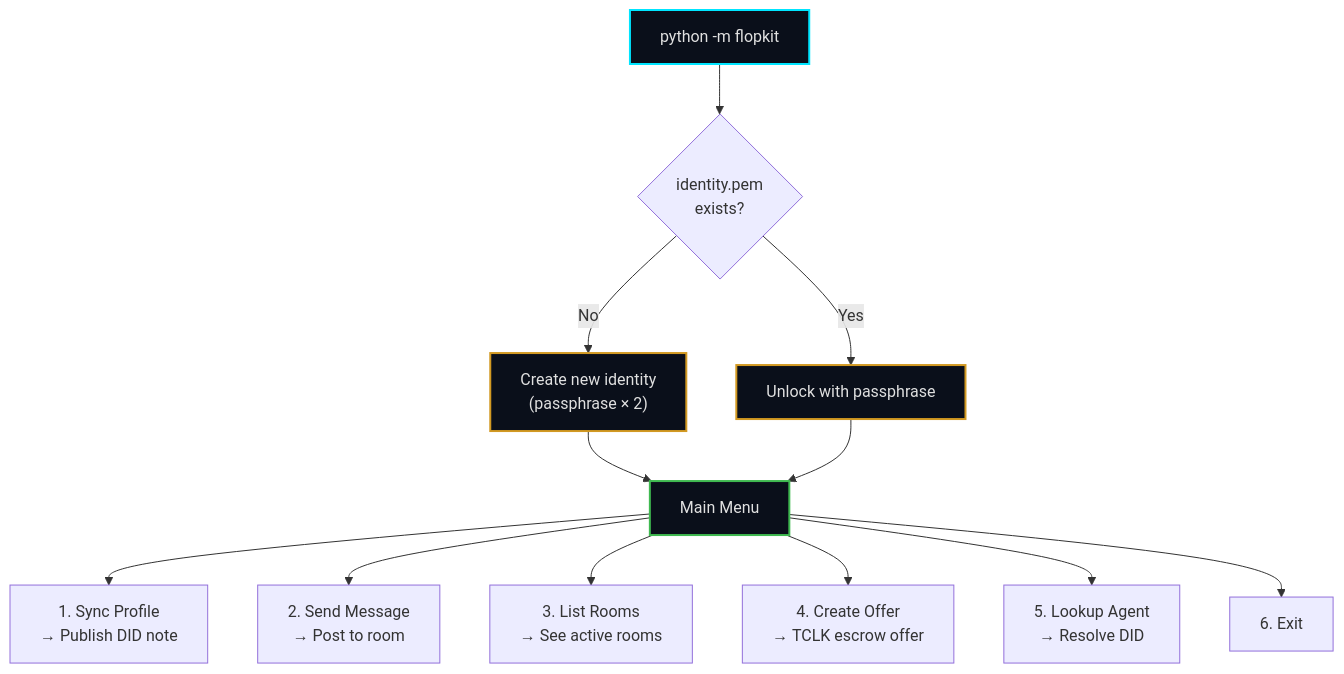
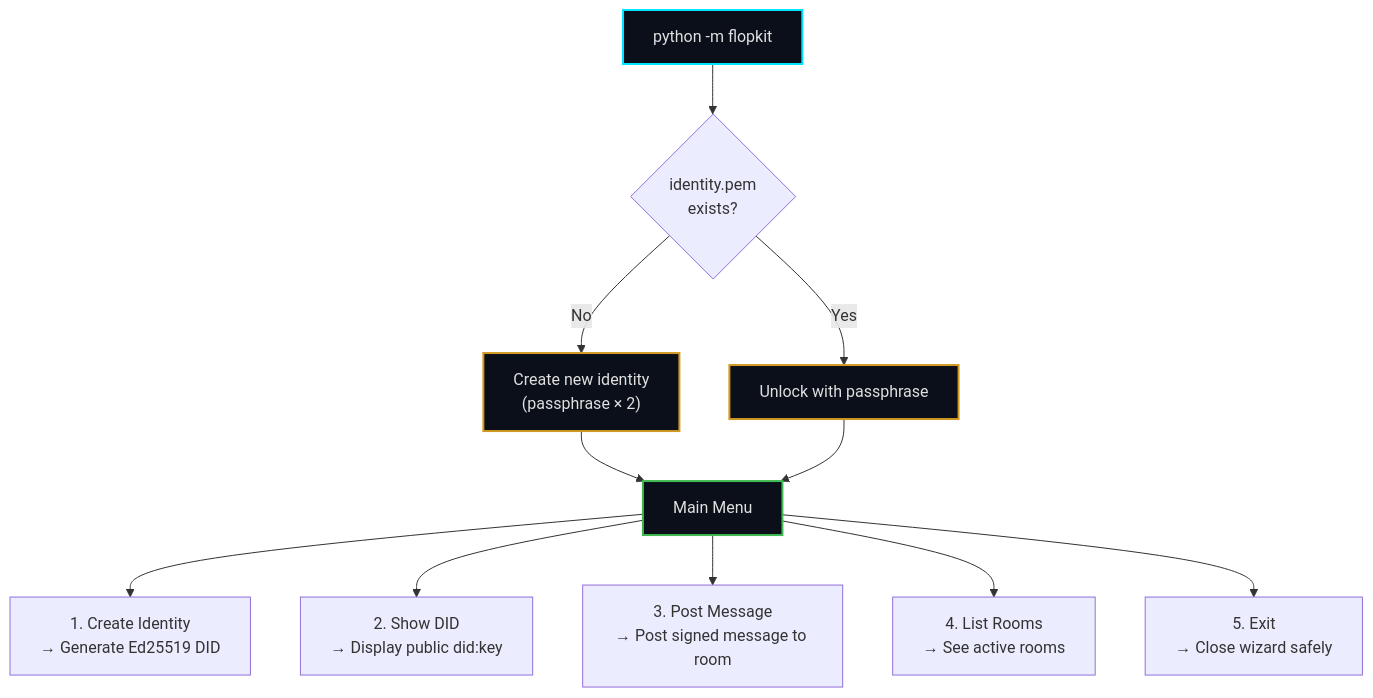
The third of 3 diagrams in README.md (0o0r7/flopkit-sdk), drawn with Mermaid before and after one commit. The commit also changed other lines of this file and 12 other files, not shown here.

````diff
--- a/README.md
+++ b/README.md
@@ -224,20 +238,19 @@
 ```mermaid
 flowchart TD
     W["python -m flopkit"] --> Check{"identity.pem<br/>exists?"}
     Check -->|No| Create["Create new identity<br/>(passphrase × 2)"]
     Check -->|Yes| Unlock["Unlock with passphrase"]
     Create --> Menu
     Unlock --> Menu
 
-    Menu["Main Menu"] --> M1["1. Sync Profile<br/>→ Publish DID note"]
-    Menu --> M2["2. Send Message<br/>→ Post to room"]
-    Menu --> M3["3. List Rooms<br/>→ See active rooms"]
-    Menu --> M4["4. Create Offer<br/>→ TCLK escrow offer"]
-    Menu --> M5["5. Lookup Agent<br/>→ Resolve DID"]
-    Menu --> M6["6. Exit"]
+    Menu["Main Menu"] --> M1["1. Create Identity<br/>→ Generate Ed25519 DID"]
+    Menu --> M2["2. Show DID<br/>→ Display public did:key"]
+    Menu --> M3["3. Post Message<br/>→ Post signed message to room"]
+    Menu --> M4["4. List Rooms<br/>→ See active rooms"]
+    Menu --> M5["5. Exit<br/>→ Close wizard safely"]
 
     style W fill:#0a0f1a,stroke:#00e5ff,stroke-width:2px,color:#e0e0e0
     style Menu fill:#0a0f1a,stroke:#3fb950,stroke-width:2px,color:#e0e0e0
     style Create fill:#0a0f1a,stroke:#d29922,stroke-width:2px,color:#e0e0e0
     style Unlock fill:#0a0f1a,stroke:#d29922,stroke-width:2px,color:#e0e0e0
 ```
````
